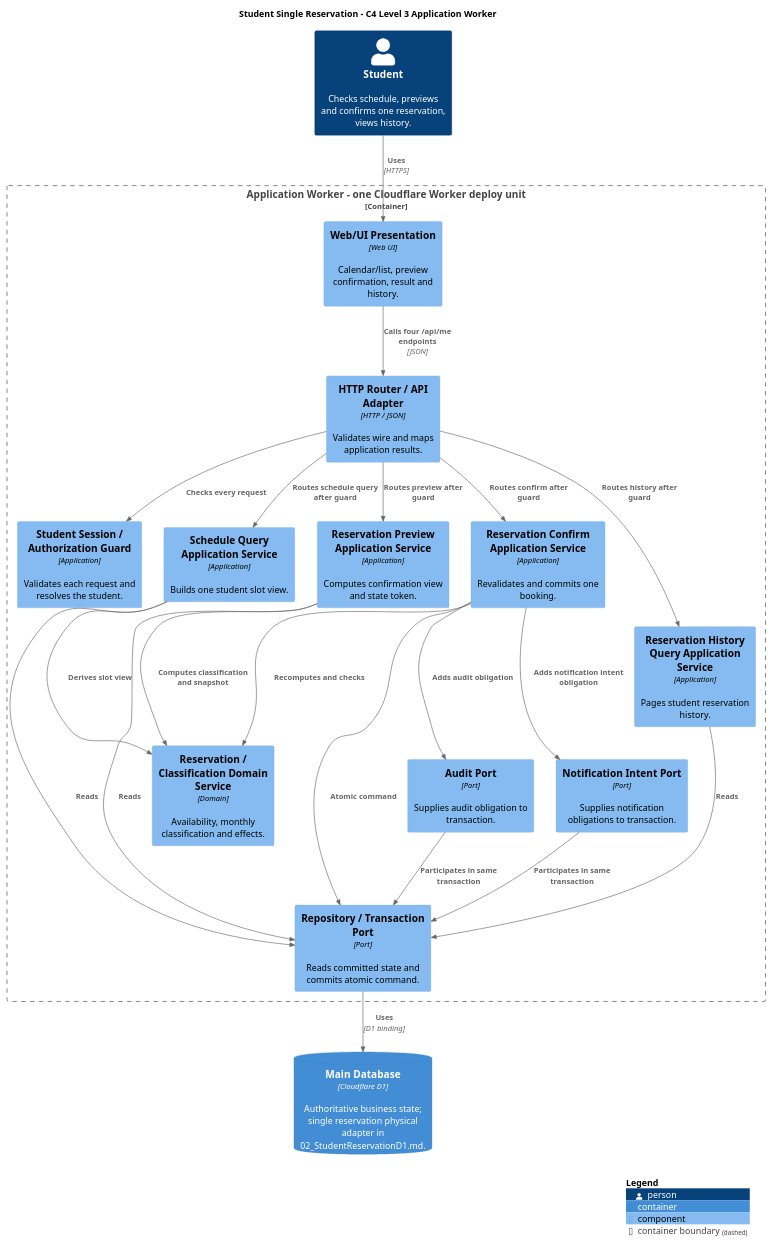
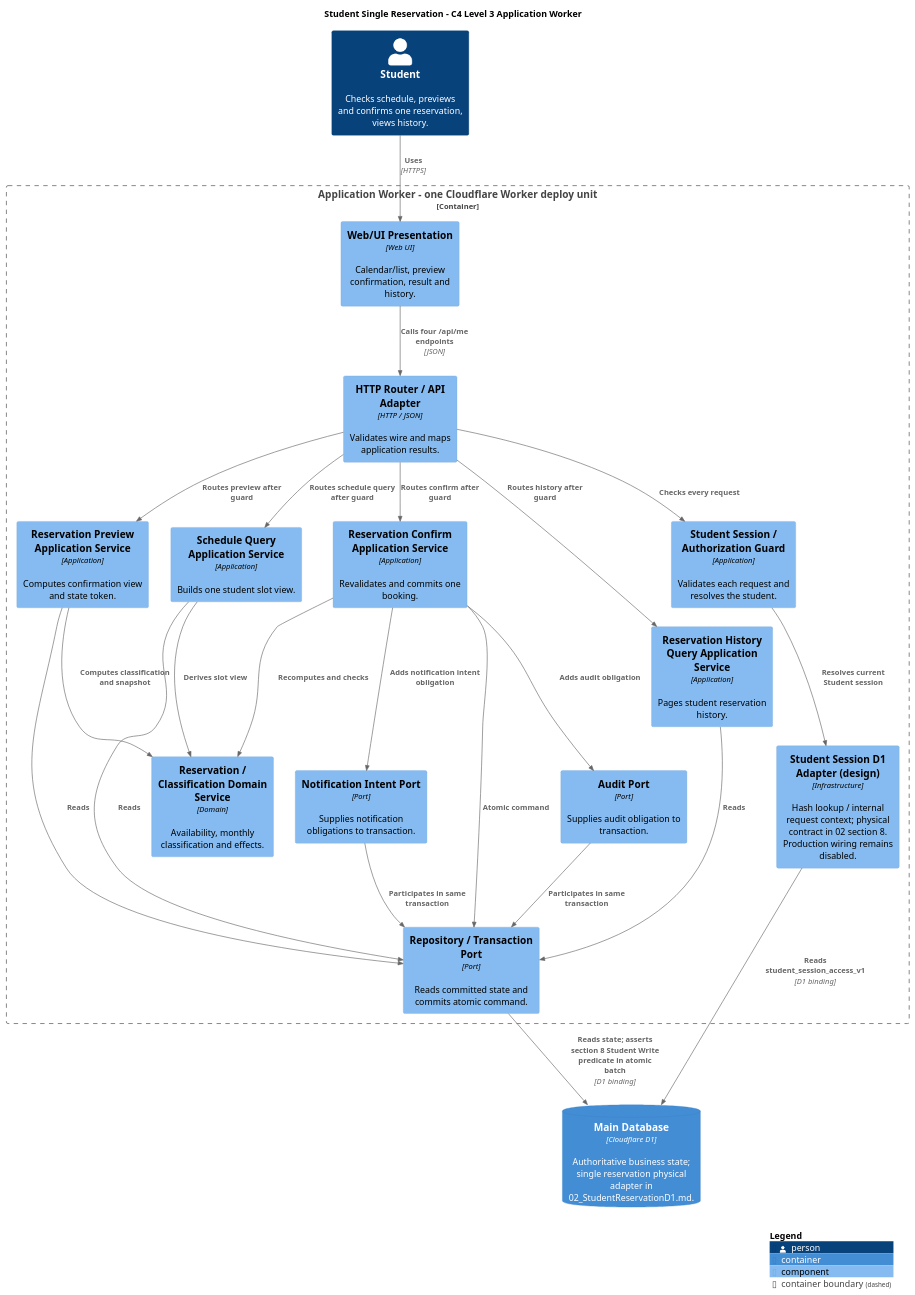
Before and after one commit to suzukure/nssscdl: the diagram in docs/diagrams/plantuml/c4-student-reservation-components.puml, drawn with PlantUML. The commit also changed 7 other files, not shown here.

```diff
--- a/docs/diagrams/plantuml/c4-student-reservation-components.puml
+++ b/docs/diagrams/plantuml/c4-student-reservation-components.puml
@@ -1,45 +1,48 @@
 @startuml
 !include <C4/C4_Component>
 
 LAYOUT_WITH_LEGEND()
 title Student Single Reservation - C4 Level 3 Application Worker
 
 Person(student, "Student", "Checks schedule, previews and confirms one reservation, views history.")
 ContainerDb(db, "Main Database", "Cloudflare D1", "Authoritative business state; single reservation physical adapter in 02_StudentReservationD1.md.")
 
 Container_Boundary(worker, "Application Worker - one Cloudflare Worker deploy unit") {
   Component(ui, "Web/UI Presentation", "Web UI", "Calendar/list, preview confirmation, result and history.")
   Component(router, "HTTP Router / API Adapter", "HTTP / JSON", "Validates wire and maps application results.")
   Component(guard, "Student Session / Authorization Guard", "Application", "Validates each request and resolves the student.")
+  Component(authrepo, "Student Session D1 Adapter (design)", "Infrastructure", "Hash lookup / internal request context; physical contract in 02 section 8. Production wiring remains disabled.")
   Component(schedule, "Schedule Query Application Service", "Application", "Builds one student slot view.")
   Component(preview, "Reservation Preview Application Service", "Application", "Computes confirmation view and state token.")
   Component(confirm, "Reservation Confirm Application Service", "Application", "Revalidates and commits one booking.")
   Component(history, "Reservation History Query Application Service", "Application", "Pages student reservation history.")
   Component(domain, "Reservation / Classification Domain Service", "Domain", "Availability, monthly classification and effects.")
   Component(repo, "Repository / Transaction Port", "Port", "Reads committed state and commits atomic command.")
   Component(audit, "Audit Port", "Port", "Supplies audit obligation to transaction.")
   Component(intent, "Notification Intent Port", "Port", "Supplies notification obligations to transaction.")
 }
 
 Rel(student, ui, "Uses", "HTTPS")
 Rel(ui, router, "Calls four /api/me endpoints", "JSON")
 Rel(router, guard, "Checks every request")
+Rel(guard, authrepo, "Resolves current Student session")
+Rel(authrepo, db, "Reads student_session_access_v1", "D1 binding")
 Rel(router, schedule, "Routes schedule query after guard")
 Rel(router, preview, "Routes preview after guard")
 Rel(router, confirm, "Routes confirm after guard")
 Rel(router, history, "Routes history after guard")
 Rel(schedule, domain, "Derives slot view")
 Rel(preview, domain, "Computes classification and snapshot")
 Rel(confirm, domain, "Recomputes and checks")
 Rel(schedule, repo, "Reads")
 Rel(preview, repo, "Reads")
 Rel(confirm, repo, "Atomic command")
 Rel(history, repo, "Reads")
 Rel(confirm, audit, "Adds audit obligation")
 Rel(confirm, intent, "Adds notification intent obligation")
-Rel(repo, db, "Uses", "D1 binding")
+Rel(repo, db, "Reads state; asserts section 8 Student Write predicate in atomic batch", "D1 binding")
 Rel(audit, repo, "Participates in same transaction")
 Rel(intent, repo, "Participates in same transaction")
 
 SHOW_LEGEND()
 @enduml
```
